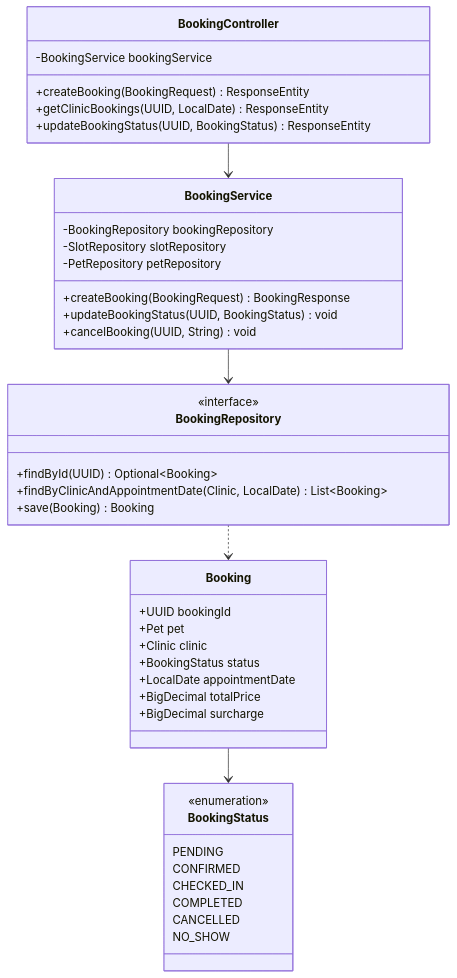
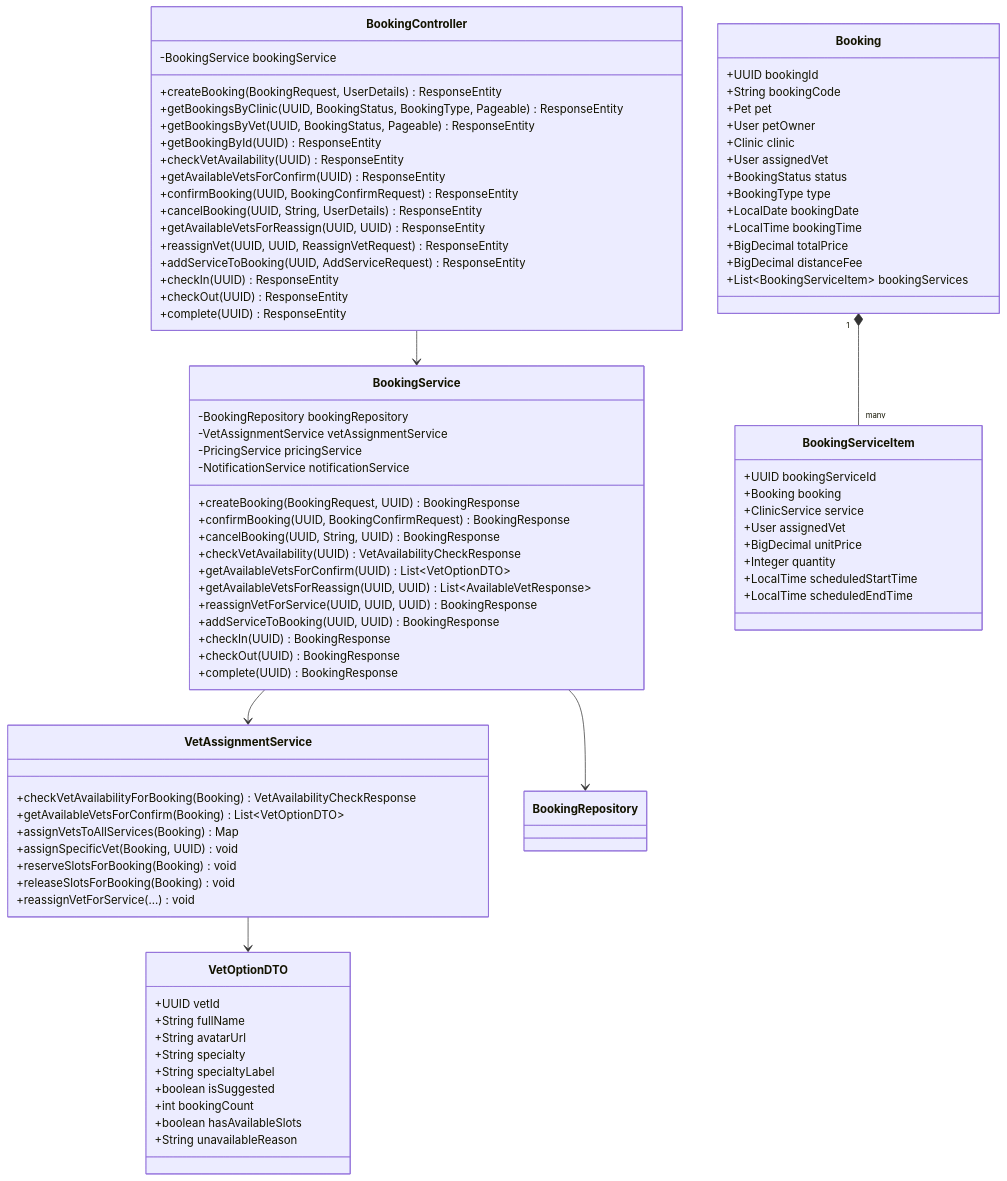
One commit to espresso23/Petties-Veterinary-Appointment-Booking-Platform changed diagram 28 of 44 in docs-references/documentation/SDD/REPORT_4_SDD_SYSTEM_DESIGN.md. Above: the diagram before and after it, drawn with Mermaid. The commit also changed other lines of this file and 105 other files, not shown here.

````diff
--- a/docs-references/documentation/SDD/REPORT_4_SDD_SYSTEM_DESIGN.md
+++ b/docs-references/documentation/SDD/REPORT_4_SDD_SYSTEM_DESIGN.md
@@ -2277,49 +2182,92 @@
 classDiagram
     class BookingController {
         -BookingService bookingService
-        +createBooking(BookingRequest) ResponseEntity
-        +getClinicBookings(UUID, LocalDate) ResponseEntity
-        +updateBookingStatus(UUID, BookingStatus) ResponseEntity
+        +createBooking(BookingRequest, UserDetails) ResponseEntity
+        +getBookingsByClinic(UUID, BookingStatus, BookingType, Pageable) ResponseEntity
+        +getBookingsByVet(UUID, BookingStatus, Pageable) ResponseEntity
+        +getBookingById(UUID) ResponseEntity
+        +checkVetAvailability(UUID) ResponseEntity
+        +getAvailableVetsForConfirm(UUID) ResponseEntity
+        +confirmBooking(UUID, BookingConfirmRequest) ResponseEntity
+        +cancelBooking(UUID, String, UserDetails) ResponseEntity
+        +getAvailableVetsForReassign(UUID, UUID) ResponseEntity
+        +reassignVet(UUID, UUID, ReassignVetRequest) ResponseEntity
+        +addServiceToBooking(UUID, AddServiceRequest) ResponseEntity
+        +checkIn(UUID) ResponseEntity
+        +checkOut(UUID) ResponseEntity
+        +complete(UUID) ResponseEntity
     }
 
     class BookingService {
         -BookingRepository bookingRepository
-        -SlotRepository slotRepository
-        -PetRepository petRepository
-        +createBooking(BookingRequest) BookingResponse
-        +updateBookingStatus(UUID, BookingStatus) void
-        +cancelBooking(UUID, String) void
+        -VetAssignmentService vetAssignmentService
+        -PricingService pricingService
+        -NotificationService notificationService
+        +createBooking(BookingRequest, UUID) BookingResponse
+        +confirmBooking(UUID, BookingConfirmRequest) BookingResponse
+        +cancelBooking(UUID, String, UUID) BookingResponse
+        +checkVetAvailability(UUID) VetAvailabilityCheckResponse
+        +getAvailableVetsForConfirm(UUID) List~VetOptionDTO~
+        +getAvailableVetsForReassign(UUID, UUID) List~AvailableVetResponse~
+        +reassignVetForService(UUID, UUID, UUID) BookingResponse
+        +addServiceToBooking(UUID, UUID) BookingResponse
+        +checkIn(UUID) BookingResponse
+        +checkOut(UUID) BookingResponse
+        +complete(UUID) BookingResponse
     }
 
-    class BookingRepository {
-        <<interface>>
-        +findById(UUID) Optional~Booking~
-        +findByClinicAndAppointmentDate(Clinic, LocalDate) List~Booking~
-        +save(Booking) Booking
+    class VetAssignmentService {
+        +checkVetAvailabilityForBooking(Booking) VetAvailabilityCheckResponse
+        +getAvailableVetsForConfirm(Booking) List~VetOptionDTO~
+        +assignVetsToAllServices(Booking) Map
+        +assignSpecificVet(Booking, UUID) void
+        +reserveSlotsForBooking(Booking) void
+        +releaseSlotsForBooking(Booking) void
+        +reassignVetForService(...) void
+    }
+
+    class VetOptionDTO {
+        +UUID vetId
+        +String fullName
+        +String avatarUrl
+        +String specialty
+        +String specialtyLabel
+        +boolean isSuggested
+        +int bookingCount
+        +boolean hasAvailableSlots
+        +String unavailableReason
     }
 
     class Booking {
         +UUID bookingId
+        +String bookingCode
         +Pet pet
+        +User petOwner
         +Clinic clinic
+        +User assignedVet
         +BookingStatus status
-        +LocalDate appointmentDate
+        +BookingType type
+        +LocalDate bookingDate
+        +LocalTime bookingTime
         +BigDecimal totalPrice
-        +BigDecimal surcharge
+        +BigDecimal distanceFee
+        +List~BookingServiceItem~ bookingServices
     }
 
-    class BookingStatus {
-        <<enumeration>>
-        PENDING
-        CONFIRMED
-        CHECKED_IN
-        COMPLETED
-        CANCELLED
-        NO_SHOW
+    class BookingServiceItem {
+        +UUID bookingServiceId
+        +Booking booking
+        +ClinicService service
+        +User assignedVet
+        +BigDecimal unitPrice
+        +Integer quantity
+        +LocalTime scheduledStartTime
+        +LocalTime scheduledEndTime
     }
 
     BookingController --> BookingService
+    BookingService --> VetAssignmentService
     BookingService --> BookingRepository
-    BookingRepository ..> Booking
-    Booking --> BookingStatus
+    VetAssignmentService --> VetOptionDTO
+    Booking "1" *-- "many" BookingServiceItem
 ```
````
